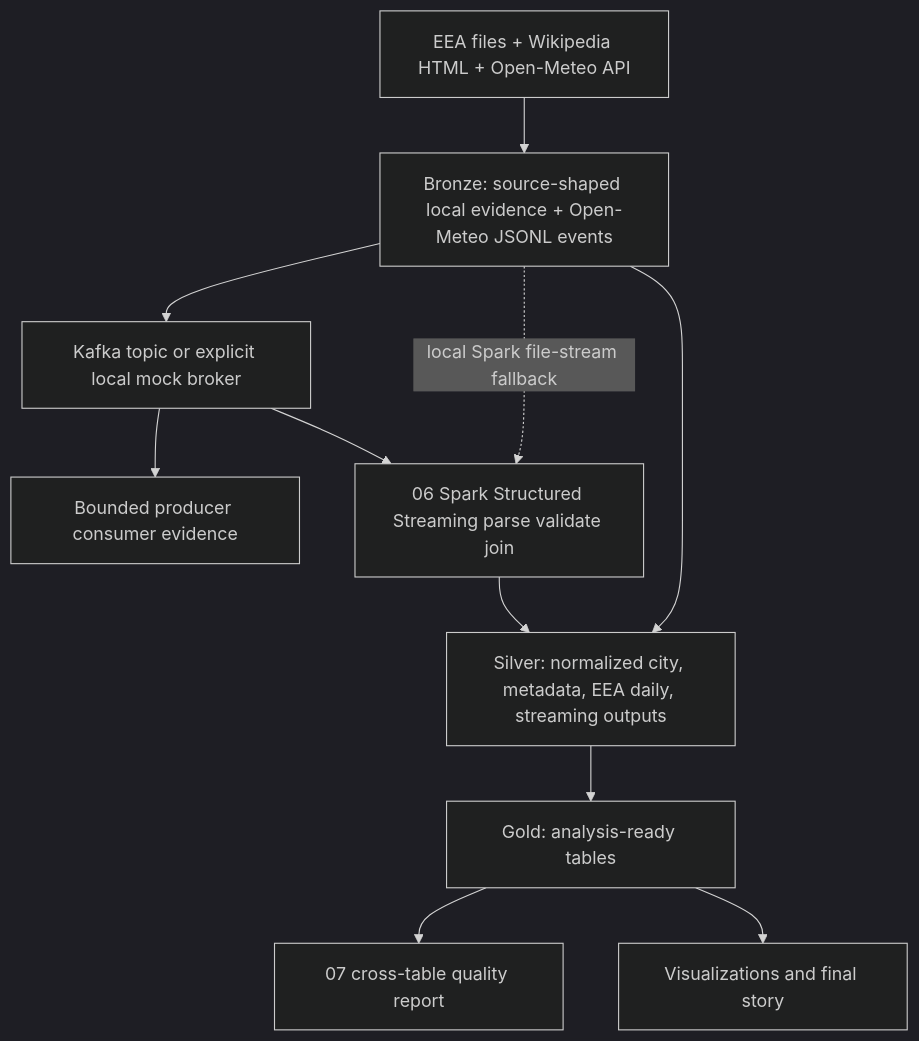
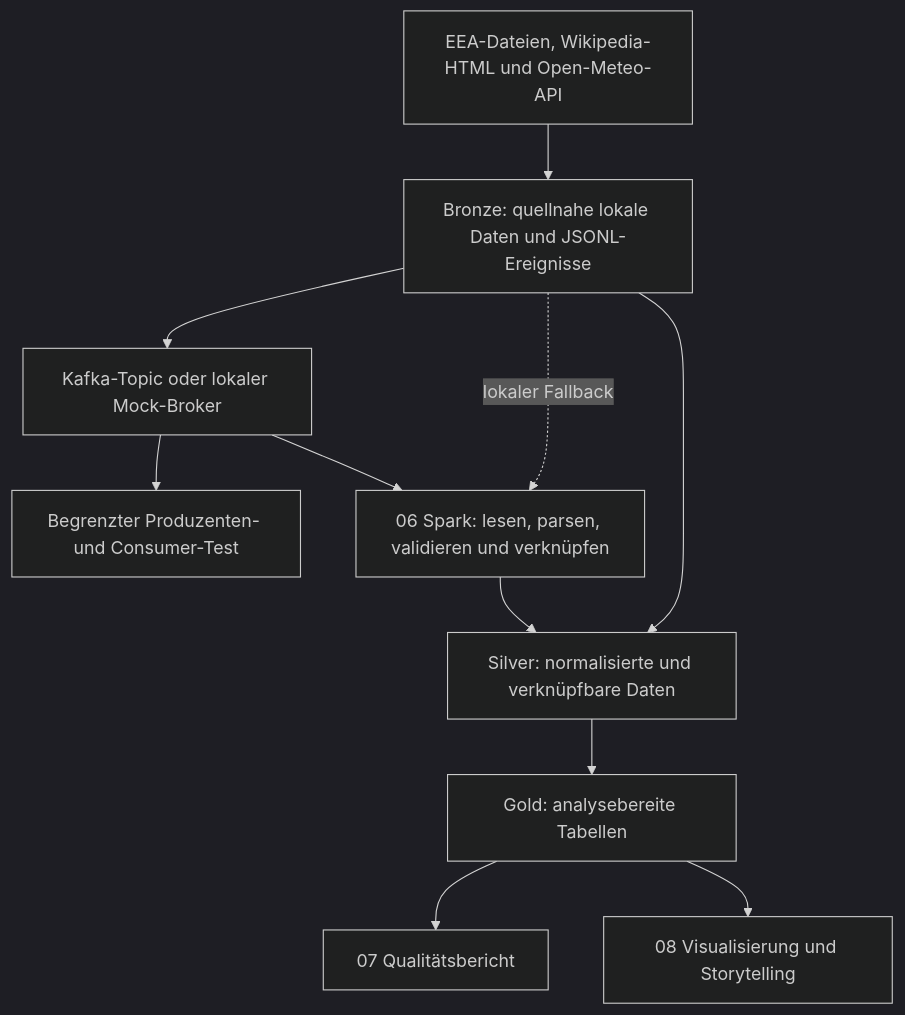
One commit to OnlyMajorG/euro-air-quality-pipeline changed the diagram in docs/diagrams/dataflow.mmd. Above: the diagram before and after it, drawn with Mermaid (dark theme). The commit also changed 36 other files, not shown here.

Commit message:
Phase 8: Analysis, Visualization and Storytelling

```diff
--- a/docs/diagrams/dataflow.mmd
+++ b/docs/diagrams/dataflow.mmd
@@ -1,11 +1,11 @@
 flowchart TD
-    Sources["EEA files + Wikipedia HTML + Open-Meteo API"] --> Bronze["Bronze: source-shaped local evidence + Open-Meteo JSONL events"]
-    Bronze --> Broker["Kafka topic or explicit local mock broker"]
-    Broker --> Evidence["Bounded producer consumer evidence"]
-    Broker --> Spark["06 Spark Structured Streaming parse validate join"]
-    Bronze -. "local Spark file-stream fallback" .-> Spark
-    Bronze --> Silver["Silver: normalized city, metadata, EEA daily, streaming outputs"]
+    Quellen["EEA-Dateien, Wikipedia-HTML und Open-Meteo-API"] --> Bronze["Bronze: quellnahe lokale Daten und JSONL-Ereignisse"]
+    Bronze --> Broker["Kafka-Topic oder lokaler Mock-Broker"]
+    Broker --> Nachweis["Begrenzter Produzenten- und Consumer-Test"]
+    Broker --> Spark["06 Spark: lesen, parsen, validieren und verknüpfen"]
+    Bronze -. "lokaler Fallback" .-> Spark
+    Bronze --> Silver["Silver: normalisierte und verknüpfbare Daten"]
     Spark --> Silver
-    Silver --> Gold["Gold: analysis-ready tables"]
-    Gold --> Quality["07 cross-table quality report"]
-    Gold --> Viz["Visualizations and final story"]
+    Silver --> Gold["Gold: analysebereite Tabellen"]
+    Gold --> Qualität["07 Qualitätsbericht"]
+    Gold --> Analyse["08 Visualisierung und Storytelling"]
```
